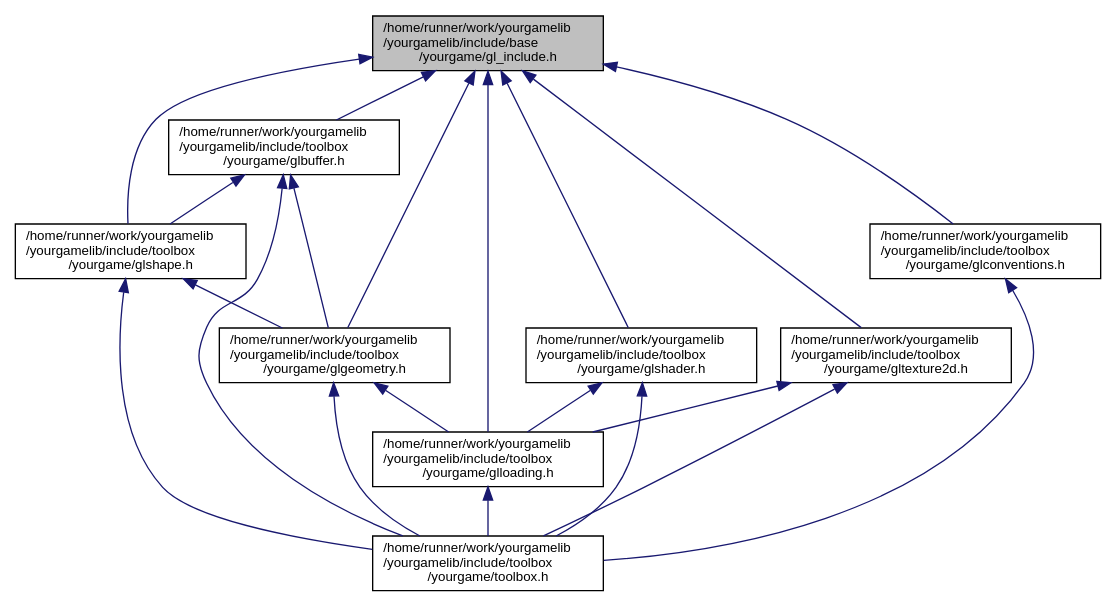
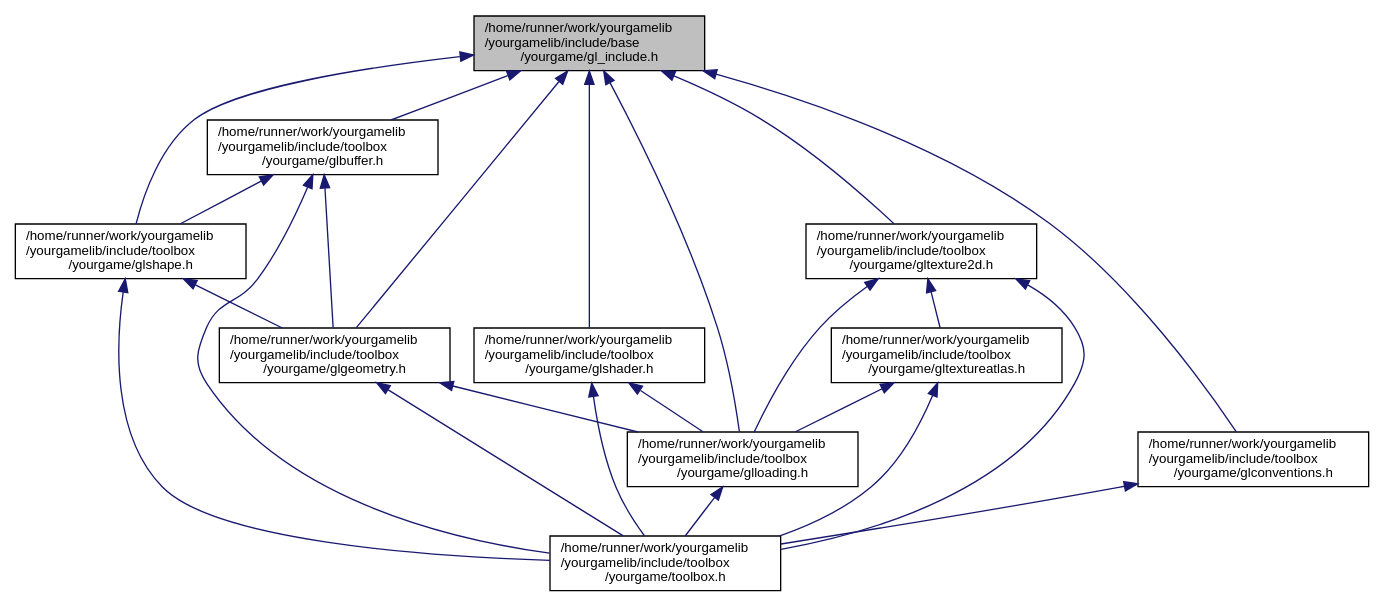
One commit to duddel/yourgamelib changed the diagram in gl__include_8h__dep__incl.dot. Above: the diagram before and after it, drawn with Graphviz. The commit also changed 67 other files, not shown here.

```diff
--- a/gl__include_8h__dep__incl.dot
+++ b/gl__include_8h__dep__incl.dot
@@ -1,34 +1,38 @@
 digraph "/home/runner/work/yourgamelib/yourgamelib/include/base/yourgame/gl_include.h"
 {
   edge [fontname="Helvetica",fontsize="10",labelfontname="Helvetica",labelfontsize="10"];
   node [fontname="Helvetica",fontsize="10",shape=record];
   Node1 [label="/home/runner/work/yourgamelib\l/yourgamelib/include/base\l/yourgame/gl_include.h",height=0.2,width=0.4,color="black", fillcolor="grey75", style="filled", fontcolor="black"];
   Node1 -> Node2 [dir="back",color="midnightblue",fontsize="10",style="solid",fontname="Helvetica"];
   Node2 [label="/home/runner/work/yourgamelib\l/yourgamelib/include/toolbox\l/yourgame/glbuffer.h",height=0.2,width=0.4,color="black", fillcolor="white", style="filled",URL="$glbuffer_8h.html"];
   Node2 -> Node3 [dir="back",color="midnightblue",fontsize="10",style="solid",fontname="Helvetica"];
   Node3 [label="/home/runner/work/yourgamelib\l/yourgamelib/include/toolbox\l/yourgame/glgeometry.h",height=0.2,width=0.4,color="black", fillcolor="white", style="filled",URL="$glgeometry_8h.html"];
   Node3 -> Node4 [dir="back",color="midnightblue",fontsize="10",style="solid",fontname="Helvetica"];
   Node4 [label="/home/runner/work/yourgamelib\l/yourgamelib/include/toolbox\l/yourgame/glloading.h",height=0.2,width=0.4,color="black", fillcolor="white", style="filled",URL="$glloading_8h.html"];
   Node4 -> Node5 [dir="back",color="midnightblue",fontsize="10",style="solid",fontname="Helvetica"];
   Node5 [label="/home/runner/work/yourgamelib\l/yourgamelib/include/toolbox\l/yourgame/toolbox.h",height=0.2,width=0.4,color="black", fillcolor="white", style="filled",URL="$toolbox_8h.html"];
   Node3 -> Node5 [dir="back",color="midnightblue",fontsize="10",style="solid",fontname="Helvetica"];
   Node2 -> Node6 [dir="back",color="midnightblue",fontsize="10",style="solid",fontname="Helvetica"];
   Node6 [label="/home/runner/work/yourgamelib\l/yourgamelib/include/toolbox\l/yourgame/glshape.h",height=0.2,width=0.4,color="black", fillcolor="white", style="filled",URL="$glshape_8h.html"];
   Node6 -> Node3 [dir="back",color="midnightblue",fontsize="10",style="solid",fontname="Helvetica"];
   Node6 -> Node5 [dir="back",color="midnightblue",fontsize="10",style="solid",fontname="Helvetica"];
   Node2 -> Node5 [dir="back",color="midnightblue",fontsize="10",style="solid",fontname="Helvetica"];
   Node1 -> Node7 [dir="back",color="midnightblue",fontsize="10",style="solid",fontname="Helvetica"];
   Node7 [label="/home/runner/work/yourgamelib\l/yourgamelib/include/toolbox\l/yourgame/glconventions.h",height=0.2,width=0.4,color="black", fillcolor="white", style="filled",URL="$glconventions_8h.html"];
   Node7 -> Node5 [dir="back",color="midnightblue",fontsize="10",style="solid",fontname="Helvetica"];
   Node1 -> Node3 [dir="back",color="midnightblue",fontsize="10",style="solid",fontname="Helvetica"];
   Node1 -> Node6 [dir="back",color="midnightblue",fontsize="10",style="solid",fontname="Helvetica"];
   Node1 -> Node4 [dir="back",color="midnightblue",fontsize="10",style="solid",fontname="Helvetica"];
   Node1 -> Node8 [dir="back",color="midnightblue",fontsize="10",style="solid",fontname="Helvetica"];
   Node8 [label="/home/runner/work/yourgamelib\l/yourgamelib/include/toolbox\l/yourgame/glshader.h",height=0.2,width=0.4,color="black", fillcolor="white", style="filled",URL="$glshader_8h.html"];
   Node8 -> Node4 [dir="back",color="midnightblue",fontsize="10",style="solid",fontname="Helvetica"];
   Node8 -> Node5 [dir="back",color="midnightblue",fontsize="10",style="solid",fontname="Helvetica"];
   Node1 -> Node9 [dir="back",color="midnightblue",fontsize="10",style="solid",fontname="Helvetica"];
   Node9 [label="/home/runner/work/yourgamelib\l/yourgamelib/include/toolbox\l/yourgame/gltexture2d.h",height=0.2,width=0.4,color="black", fillcolor="white", style="filled",URL="$gltexture2d_8h.html"];
   Node9 -> Node4 [dir="back",color="midnightblue",fontsize="10",style="solid",fontname="Helvetica"];
+  Node9 -> Node10 [dir="back",color="midnightblue",fontsize="10",style="solid",fontname="Helvetica"];
+  Node10 [label="/home/runner/work/yourgamelib\l/yourgamelib/include/toolbox\l/yourgame/gltextureatlas.h",height=0.2,width=0.4,color="black", fillcolor="white", style="filled",URL="$gltextureatlas_8h.html"];
+  Node10 -> Node4 [dir="back",color="midnightblue",fontsize="10",style="solid",fontname="Helvetica"];
+  Node10 -> Node5 [dir="back",color="midnightblue",fontsize="10",style="solid",fontname="Helvetica"];
   Node9 -> Node5 [dir="back",color="midnightblue",fontsize="10",style="solid",fontname="Helvetica"];
 }
```
